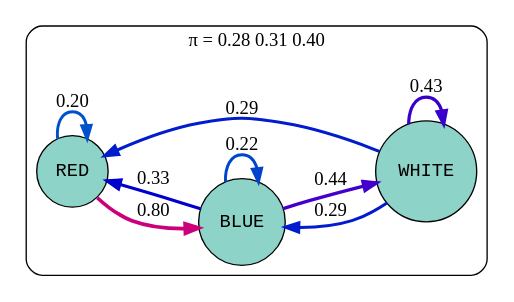
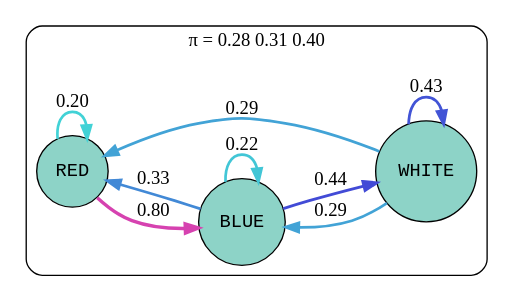
The diagram in Urns.dot (jitwit/marko-jolo), drawn with Graphviz before and after one commit. The commit also changed 4 other files, not shown here.

```diff
--- a/Urns.dot
+++ b/Urns.dot
@@ -1,17 +1,17 @@
 digraph {
 rankdir=LR;node[shape=circle,style=filled,colorscheme="set39",fontname="CMU Concrete, Rockwell, Courier"]
   subgraph cluster_0 {
   style=rounded;label="π = 0.28 0.31 0.40";
   "RED" [fillcolor=1];
   "WHITE" [fillcolor=1];
   "BLUE" [fillcolor=1];
  }
-  "RED"->"RED"[label="0.20",penwidth=2.2,color="0.600 1.0 0.8"];
-  "RED"->"BLUE"[label="0.80",penwidth=2.8,color="0.900 1.0 0.8"];
-  "WHITE"->"RED"[label="0.29",penwidth=2.28571,color="0.643 1.0 0.8"];
-  "WHITE"->"WHITE"[label="0.43",penwidth=2.42857,color="0.714 1.0 0.8"];
-  "WHITE"->"BLUE"[label="0.29",penwidth=2.28571,color="0.643 1.0 0.8"];
-  "BLUE"->"RED"[label="0.33",penwidth=2.33333,color="0.667 1.0 0.8"];
-  "BLUE"->"WHITE"[label="0.44",penwidth=2.44444,color="0.722 1.0 0.8"];
-  "BLUE"->"BLUE"[label="0.22",penwidth=2.22222,color="0.611 1.0 0.8"];
+  "RED"->"RED"[label="0.20",penwidth=2.008,color="0.504 0.69 0.84"];
+  "RED"->"BLUE"[label="0.80",penwidth=2.512,color="0.876 0.69 0.84"];
+  "WHITE"->"RED"[label="0.29",penwidth=2.02332,color="0.557 0.69 0.84"];
+  "WHITE"->"WHITE"[label="0.43",penwidth=2.07872,color="0.646 0.69 0.84"];
+  "WHITE"->"BLUE"[label="0.29",penwidth=2.02332,color="0.557 0.69 0.84"];
+  "BLUE"->"RED"[label="0.33",penwidth=2.03704,color="0.587 0.69 0.84"];
+  "BLUE"->"WHITE"[label="0.44",penwidth=2.08779,color="0.656 0.69 0.84"];
+  "BLUE"->"BLUE"[label="0.22",penwidth=2.01097,color="0.518 0.69 0.84"];
 }
```
